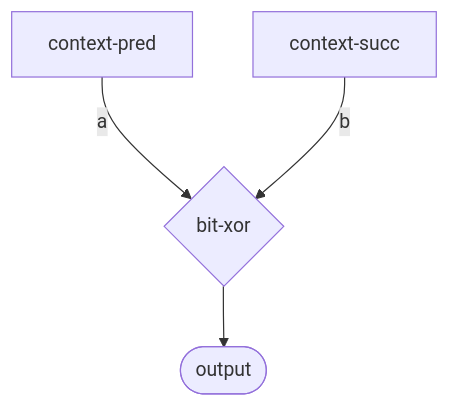
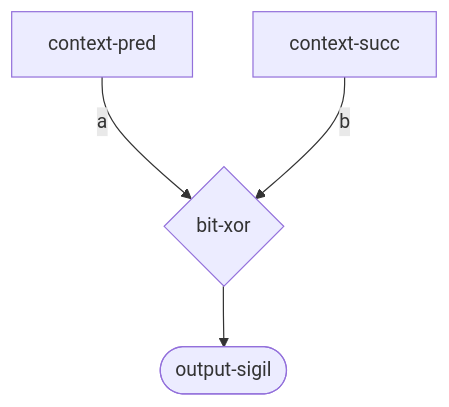
Before and after one commit to tothedarktowercame/futon5: the diagram in reports/rule90-sierpinski-diagnostic.md, drawn with Mermaid. The commit also changed other lines of this file and 8 other files, not shown here.

````diff
--- a/reports/rule90-sierpinski-diagnostic.md
+++ b/reports/rule90-sierpinski-diagnostic.md
@@ -79,10 +98,10 @@
 ```mermaid
 flowchart TD
     pred[context-pred]
     succ[context-succ]
     xor-lr{bit-xor}
-    output([output])
+    output([output-sigil])
     pred -->|a| xor-lr
     succ -->|b| xor-lr
     xor-lr --> output
 ```
````
